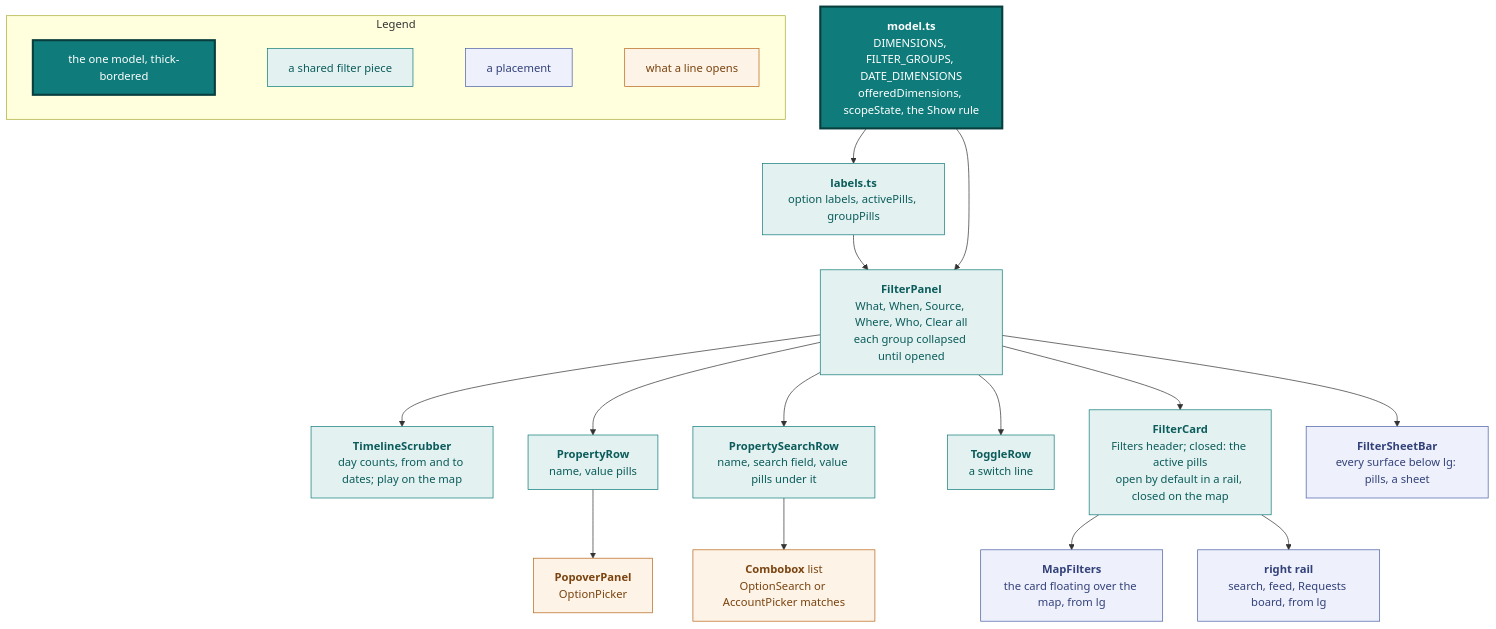
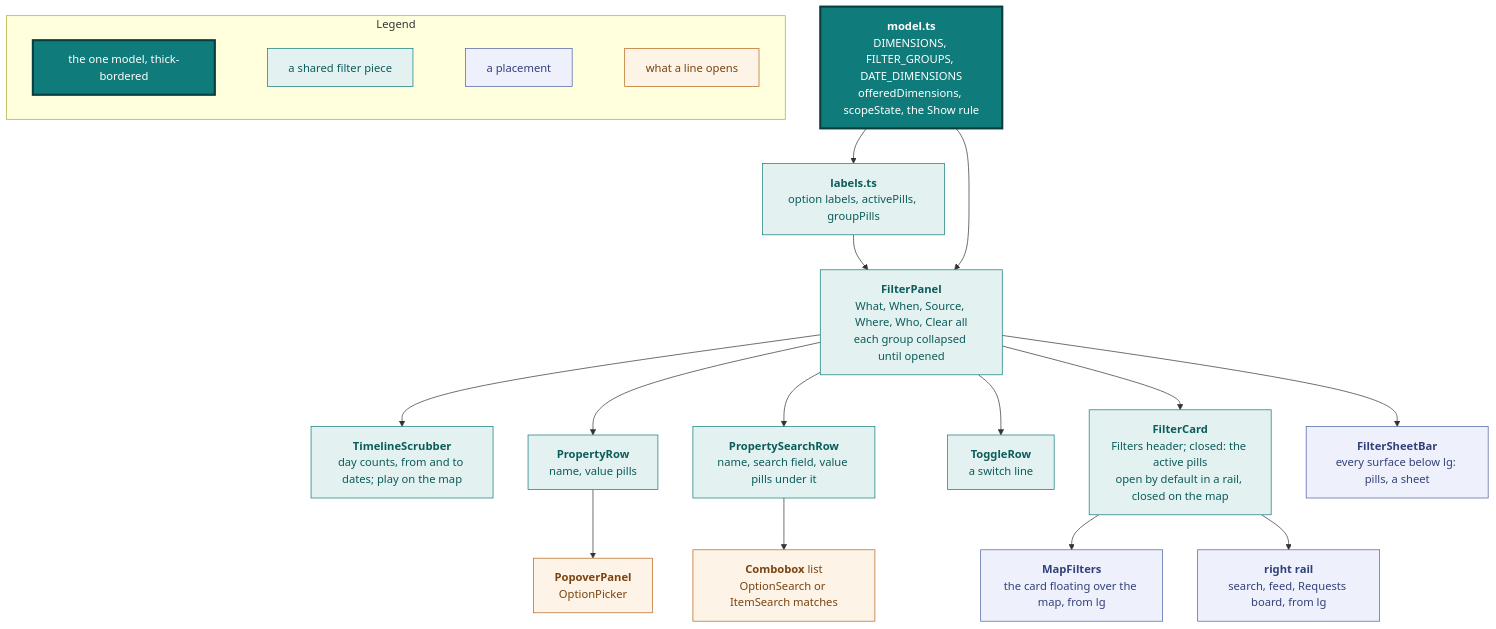
The eighth of 23 diagrams in docs/design.md (vidithq/vidit), drawn with Mermaid before and after one commit. The commit also changed other lines of this file and 34 other files, not shown here.

First line of the commit message:
refactor(frontend): one item search field

````diff
--- a/docs/design.md
+++ b/docs/design.md
@@ -761,57 +767,57 @@
 ```mermaid
 flowchart TB
   classDef core fill:#0f7b7a,stroke:#083f3e,stroke-width:3px,color:#ffffff
   classDef shared fill:#e3f2f1,stroke:#0f7b7a,color:#0b5c5b
   classDef page fill:#eef1fb,stroke:#4a5fa5,color:#33417a
   classDef state fill:#fdf3e7,stroke:#b8661a,color:#7a430f
 
   subgraph legend [Legend]
     direction LR
     l1["`the one model, thick-bordered`"]:::core
     l2["`a shared filter piece`"]:::shared
     l3["`a placement`"]:::page
     l4["`what a line opens`"]:::state
     l1 ~~~ l2 ~~~ l3 ~~~ l4
   end
 
   model["`**model.ts**
   DIMENSIONS, FILTER_GROUPS, DATE_DIMENSIONS
   offeredDimensions, scopeState, the Show rule`"]:::core
   labels["`**labels.ts**
   option labels, activePills, groupPills`"]:::shared
   panel["`**FilterPanel**
   What, When, Source, Where, Who, Clear all
   each group collapsed until opened`"]:::shared
   timeline["`**TimelineScrubber**
   day counts, from and to dates; play on the map`"]:::shared
   line["`**PropertyRow**
   name, value pills`"]:::shared
   search["`**PropertySearchRow**
   name, search field, value pills under it`"]:::shared
   toggle["`**ToggleRow**
   a switch line`"]:::shared
   editor["`**PopoverPanel**
   OptionPicker`"]:::state
   matches["`**Combobox** list
-  OptionSearch or AccountPicker matches`"]:::state
+  OptionSearch or ItemSearch matches`"]:::state
   card["`**FilterCard**
   Filters header; closed: the active pills
   open by default in a rail, closed on the map`"]:::shared
   map["`**MapFilters**
   the card floating over the map, from lg`"]:::page
   rail["`**right rail**
   search, feed, Requests board, from lg`"]:::page
   phone["`**FilterSheetBar**
   every surface below lg: pills, a sheet`"]:::page
 
   model --> labels --> panel
   model --> panel
   panel --> timeline
   panel --> line --> editor
   panel --> search --> matches
   panel --> toggle
   panel --> card
   card --> map
   card --> rail
   panel --> phone
 ```
````
